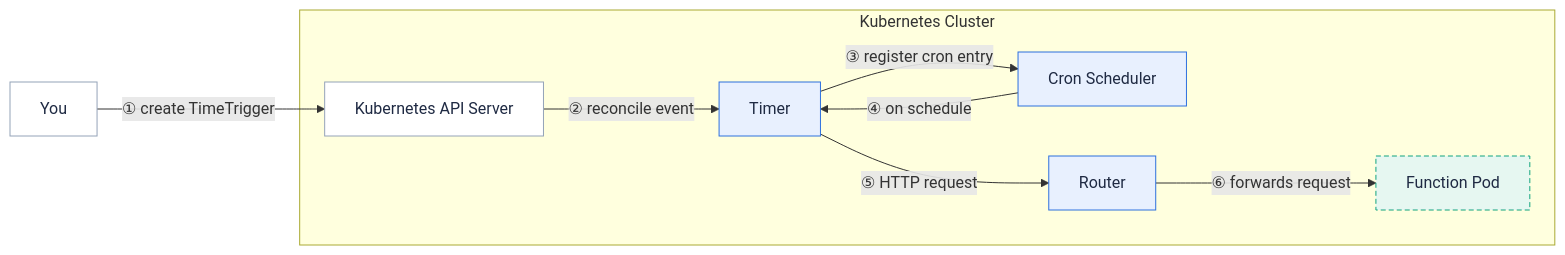
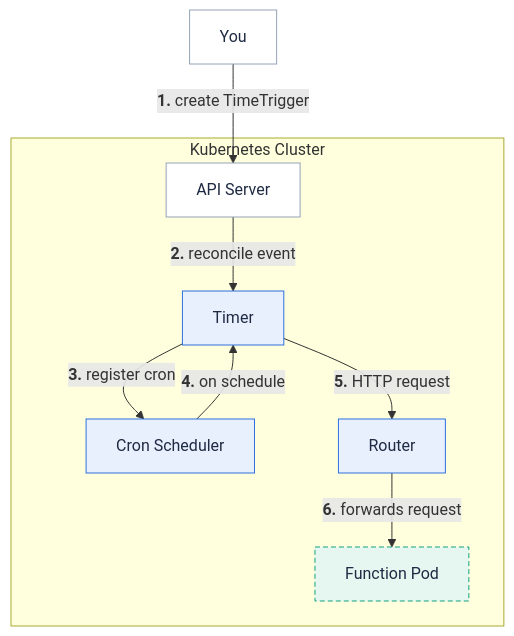
Before and after one commit to fission/fission.io: the diagram in content/en/docs/architecture/timer.md, drawn with Mermaid. The commit also changed 23 other files, not shown here.

First line of the commit message:
Make diagrams readable inline: compact TB layouts, bold crimson step numbers

````diff
--- a/content/en/docs/architecture/timer.md
+++ b/content/en/docs/architecture/timer.md
@@ -20,18 +20,18 @@
 ```mermaid
-flowchart LR
-  user["You"] -->|"① create TimeTrigger"| apiserver["Kubernetes API Server"]
+flowchart TB
+  user["You"] -->|"<b>1.</b> create TimeTrigger"| apiserver["API Server"]
   subgraph k8s["Kubernetes Cluster"]
-    apiserver -->|"② reconcile event"| timer["Timer"]
-    timer -->|"③ register cron entry"| cron["Cron Scheduler"]
-    cron -->|"④ on schedule"| timer
-    timer -->|"⑤ HTTP request"| router["Router"]
-    router -->|"⑥ forwards request"| fnPod["Function Pod"]
+    apiserver -->|"<b>2.</b> reconcile event"| timer["Timer"]
+    timer -->|"<b>3.</b> register cron"| cron["Cron Scheduler"]
+    cron -->|"<b>4.</b> on schedule"| timer
+    timer -->|"<b>5.</b> HTTP request"| router["Router"]
+    router -->|"<b>6.</b> forwards request"| fnPod["Function Pod"]
   end
 
   class user,apiserver user
   class timer,cron,router fission
   class fnPod pod
   classDef user fill:#ffffff,stroke:#94a3b8,color:#1f2a43
   classDef fission fill:#e8f0fe,stroke:#2d70de,color:#1f2a43
   classDef pod fill:#e6f7f1,stroke:#11a37f,color:#1f2a43,stroke-dasharray:5 3
 ```
````
